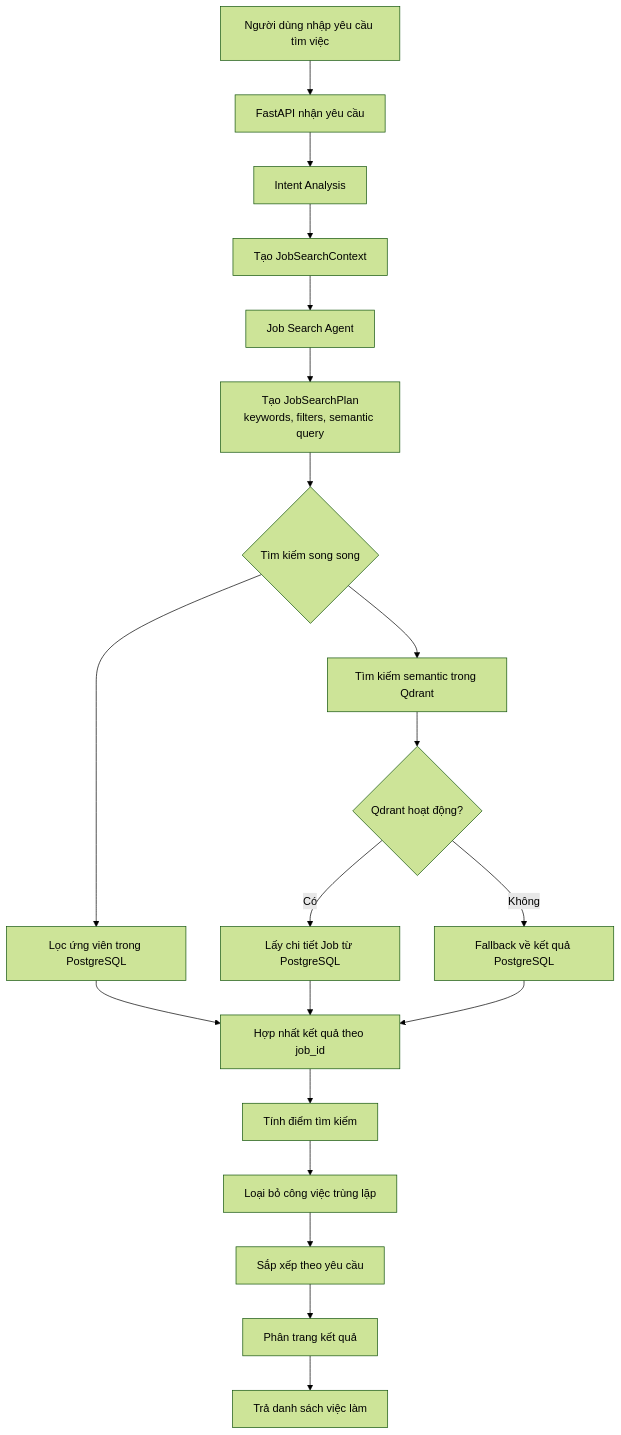
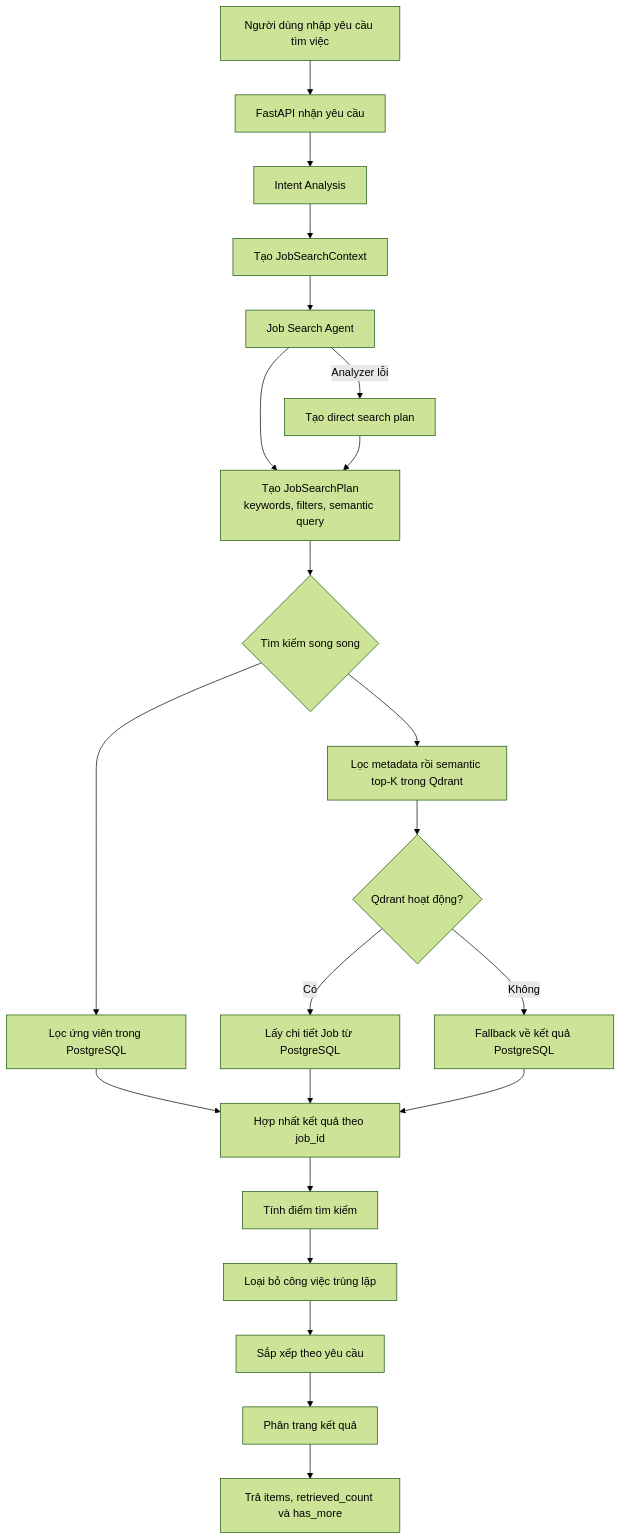
One commit to coderiukl/multi-agent-job-assistant changed the third of 7 diagrams in README.md. Above: the diagram before and after it, drawn with Mermaid (forest theme). The commit also changed other lines of this file and 14 other files, not shown here.

Commit message:
feat(job-search): add filtered hybrid retrieval and analyzer fallback

````diff
--- a/README.md
+++ b/README.md
@@ -112,27 +112,29 @@
 ```mermaid
 flowchart TD
     U["Người dùng nhập yêu cầu tìm việc"] --> API["FastAPI nhận yêu cầu"]
     API --> IA["Intent Analysis"] 
     IA --> CONTEXT["Tạo JobSearchContext"]
     CONTEXT --> JSA["Job Search Agent"]
 
     JSA --> PLAN["Tạo JobSearchPlan<br/>keywords, filters, semantic query"]
+    JSA -- "Analyzer lỗi" --> DIRECT["Tạo direct search plan"]
+    DIRECT --> PLAN
     PLAN --> PAR{"Tìm kiếm song song"}
 
     PAR --> PG["Lọc ứng viên trong PostgreSQL"]
-    PAR --> QD["Tìm kiếm semantic trong Qdrant"]
+    PAR --> QD["Lọc metadata rồi semantic top-K trong Qdrant"]
     
     QD --> QOK{"Qdrant hoạt động?"}
     QOK -- "Không" --> FALLBACK["Fallback về kết quả PostgreSQL"]
     QOK -- "Có" --> LOAD["Lấy chi tiết Job từ PostgreSQL"]
 
     PG --> MERGE["Hợp nhất kết quả theo job_id"]
     LOAD --> MERGE
     FALLBACK --> MERGE
 
     MERGE --> SCORE["Tính điểm tìm kiếm"]
     SCORE --> DEDUP["Loại bỏ công việc trùng lặp"]
     DEDUP --> SORT["Sắp xếp theo yêu cầu"]
     SORT --> PAGE["Phân trang kết quả"]
-    PAGE --> RESULT["Trả danh sách việc làm"]
+    PAGE --> RESULT["Trả items, retrieved_count và has_more"]
 ```
````
